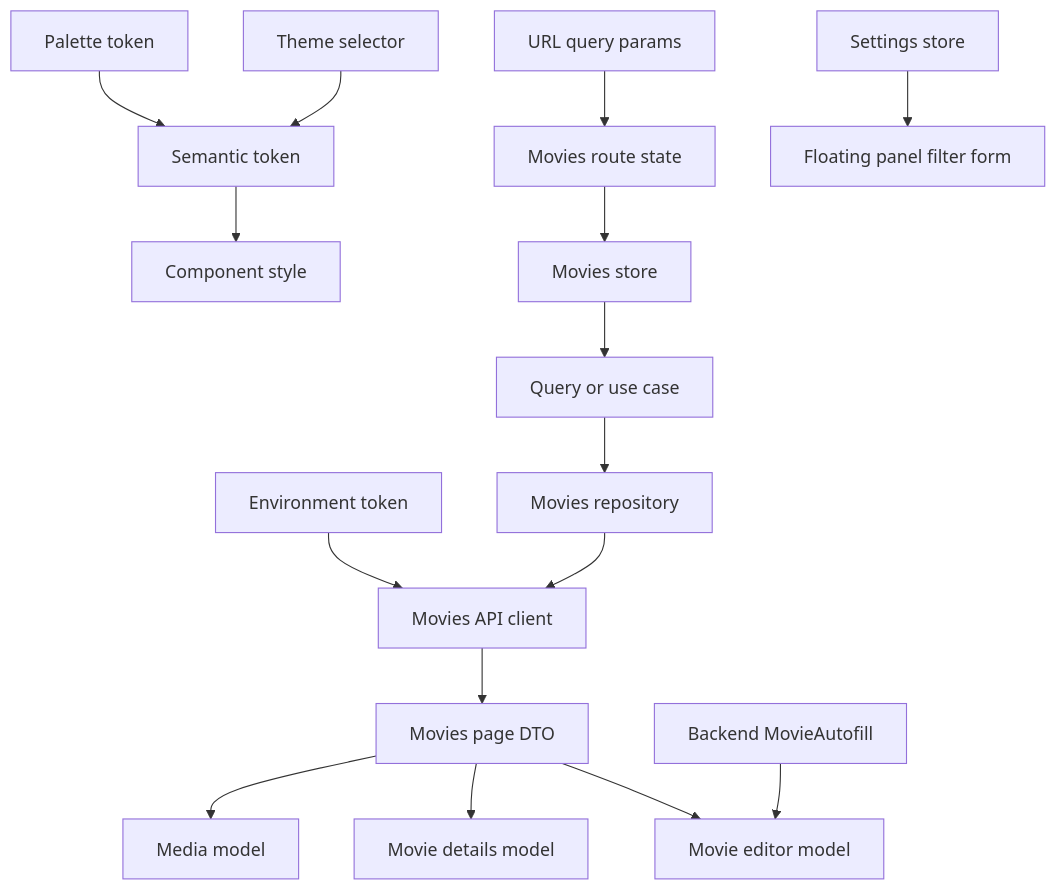
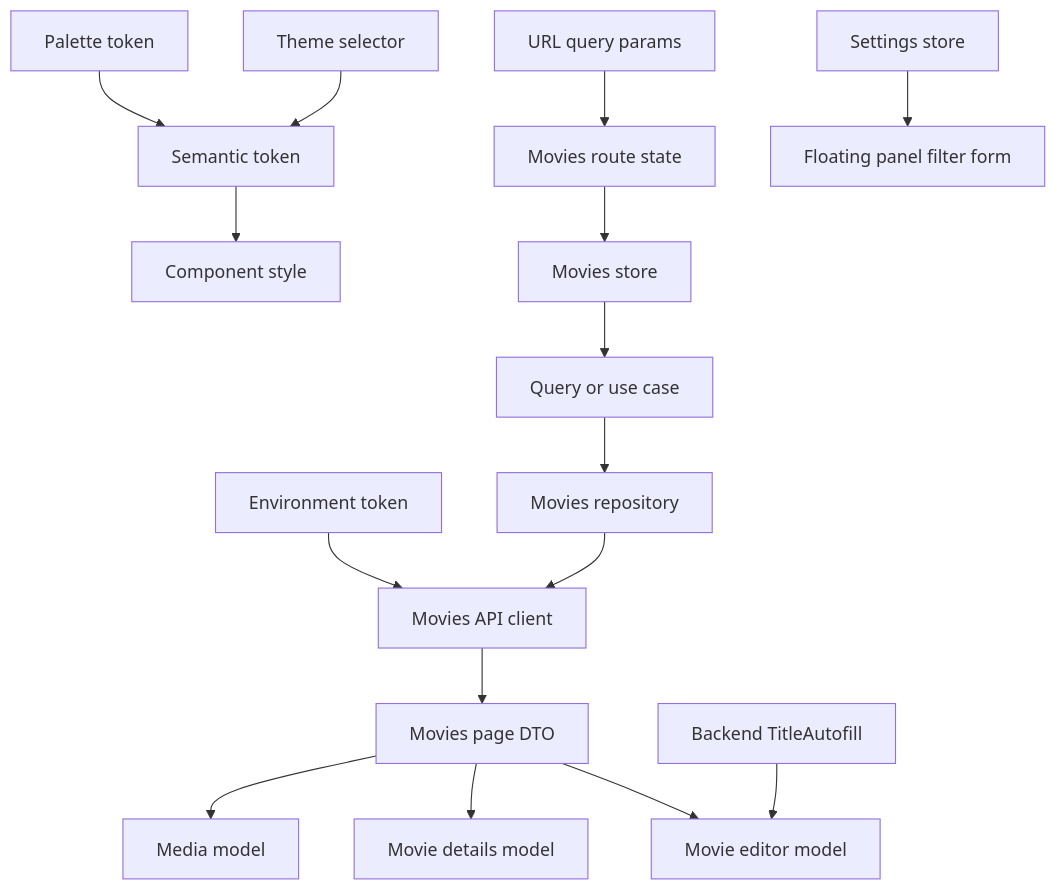
One commit to Zwezh/media-shelf changed the diagram in lode/terminology.md. Above: the diagram before and after it, drawn with Mermaid. The commit also changed other lines of this file and 228 other files, not shown here.

````diff
--- a/lode/terminology.md
+++ b/lode/terminology.md
@@ -55,18 +60,18 @@
 ```mermaid
 flowchart TD
   Palette[Palette token] --> Semantic[Semantic token]
   Semantic --> Component[Component style]
   Theme[Theme selector] --> Semantic
   Query[URL query params] --> RouteState[Movies route state]
   RouteState --> Store[Movies store]
   Store --> Application[Query or use case]
   Application --> Repository[Movies repository]
   Environment[Environment token] --> Client[Movies API client]
   Repository --> Client
   SettingsStore[Settings store] --> FilterPanel[Floating panel filter form]
   Client --> DTO[Movies page DTO]
   DTO --> Model[Media model]
   DTO --> Details[Movie details model]
   DTO --> Editor[Movie editor model]
-  Autofill[Backend MovieAutofill] --> Editor
+  Autofill[Backend TitleAutofill] --> Editor
 ```
````
